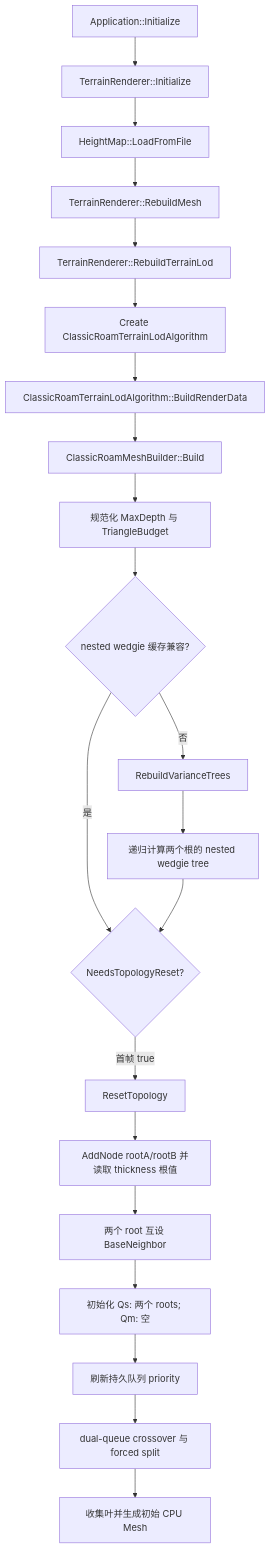
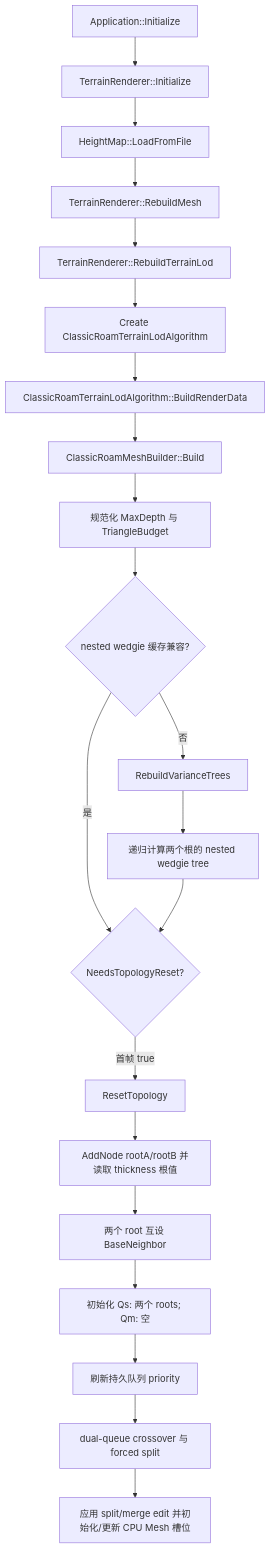
One commit to mcaswen/RoamTesting changed the second of 3 diagrams in docs/source_analysis/classic_roam_context.md. Above: the diagram before and after it, drawn with Mermaid. The commit also changed other lines of this file and 24 other files, not shown here.

````diff
--- a/docs/source_analysis/classic_roam_context.md
+++ b/docs/source_analysis/classic_roam_context.md
@@ -145,23 +145,23 @@
 ```mermaid
 flowchart TD
     A[Application::Initialize] --> B[TerrainRenderer::Initialize]
     B --> C[HeightMap::LoadFromFile]
     C --> D[TerrainRenderer::RebuildMesh]
     D --> E[TerrainRenderer::RebuildTerrainLod]
     E --> F[Create ClassicRoamTerrainLodAlgorithm]
     F --> G[ClassicRoamTerrainLodAlgorithm::BuildRenderData]
     G --> H[ClassicRoamMeshBuilder::Build]
     H --> I[规范化 MaxDepth 与 TriangleBudget]
     I --> J{nested wedgie 缓存兼容?}
     J -->|否| K[RebuildVarianceTrees]
     K --> L[递归计算两个根的 nested wedgie tree]
     J -->|是| M{NeedsTopologyReset?}
     L --> M
     M -->|首帧 true| N[ResetTopology]
     N --> O[AddNode rootA/rootB 并读取 thickness 根值]
     O --> P[两个 root 互设 BaseNeighbor]
     P --> Q[初始化 Qs: 两个 roots; Qm: 空]
     Q --> R[刷新持久队列 priority]
     R --> S[dual-queue crossover 与 forced split]
-    S --> T[收集叶并生成初始 CPU Mesh]
+    S --> T[应用 split/merge edit 并初始化/更新 CPU Mesh 槽位]
 ```
````
